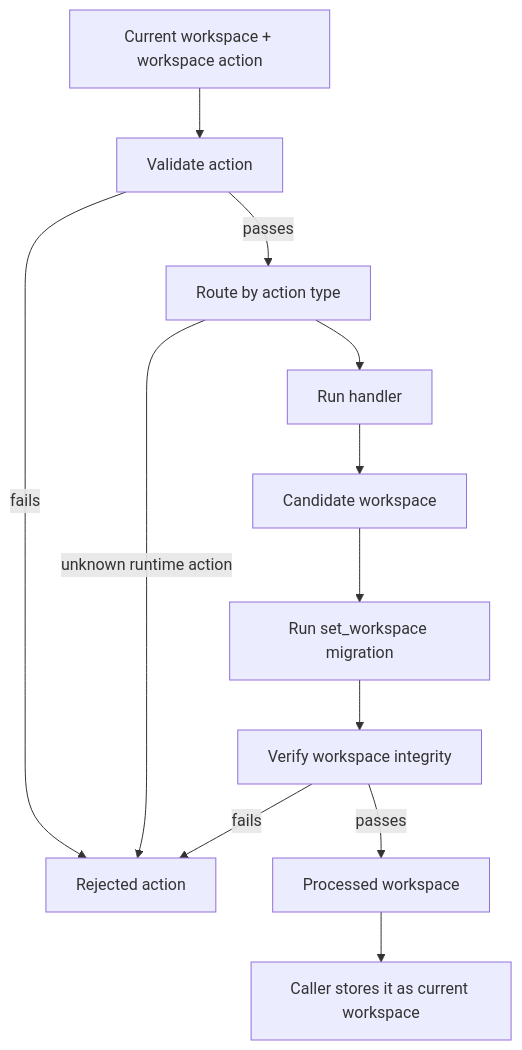
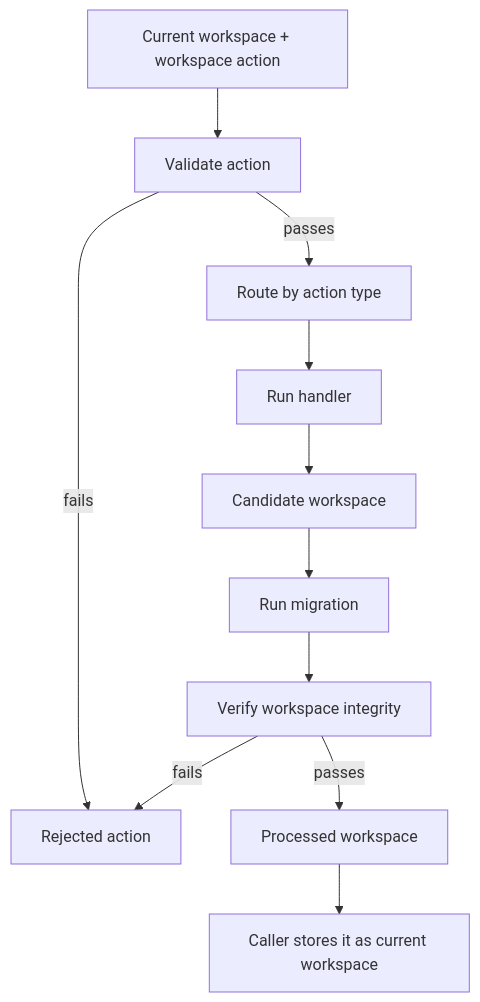
The diagram in packages/core/workspace/reducers/README.md (SeldonDigital/seldon), drawn with Mermaid before and after one commit. The commit also changed other lines of this file and 11 other files, not shown here.

First line of the commit message:
Update documentation and schemas for icon sets and themes

````diff
--- a/packages/core/workspace/reducers/README.md
+++ b/packages/core/workspace/reducers/README.md
@@ -15,18 +15,17 @@
 ```mermaid
 flowchart TD
   start[Current workspace + workspace action] --> validation[Validate action]
 
   validation -->|fails| rejected[Rejected action]
   validation -->|passes| route[Route by action type]
 
-  route -->|unknown runtime action| rejected
   route --> handler[Run handler]
 
   handler --> candidate[Candidate workspace]
-  candidate --> migration[Run set_workspace migration]
+  candidate --> migration[Run migration]
   migration --> verification[Verify workspace integrity]
 
   verification -->|fails| rejected
   verification -->|passes| processed[Processed workspace]
   processed --> caller[Caller stores it as current workspace]
 ```
````
